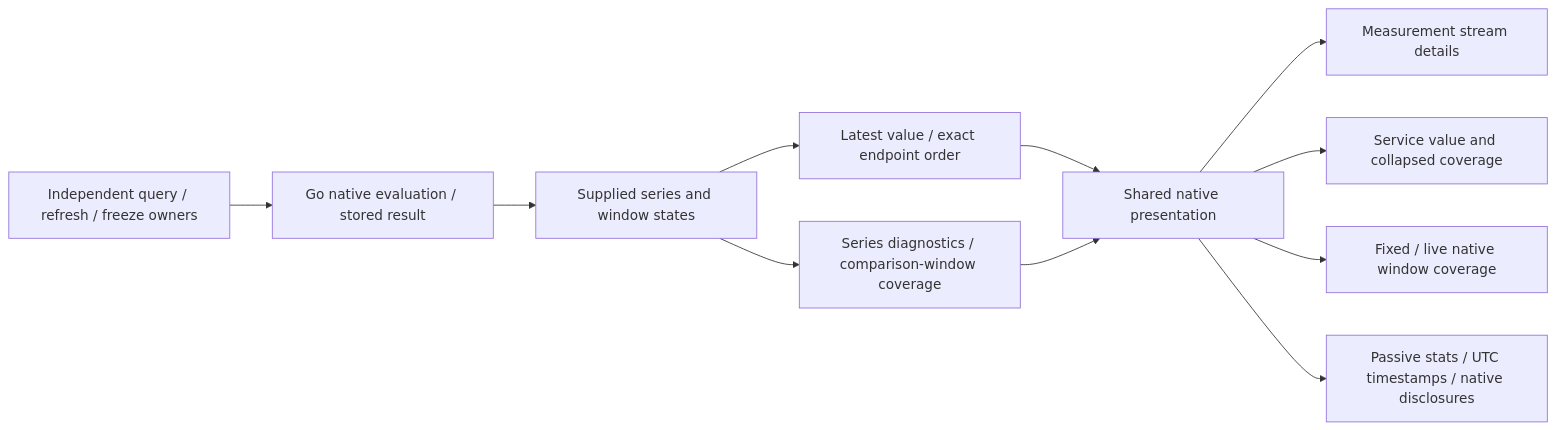
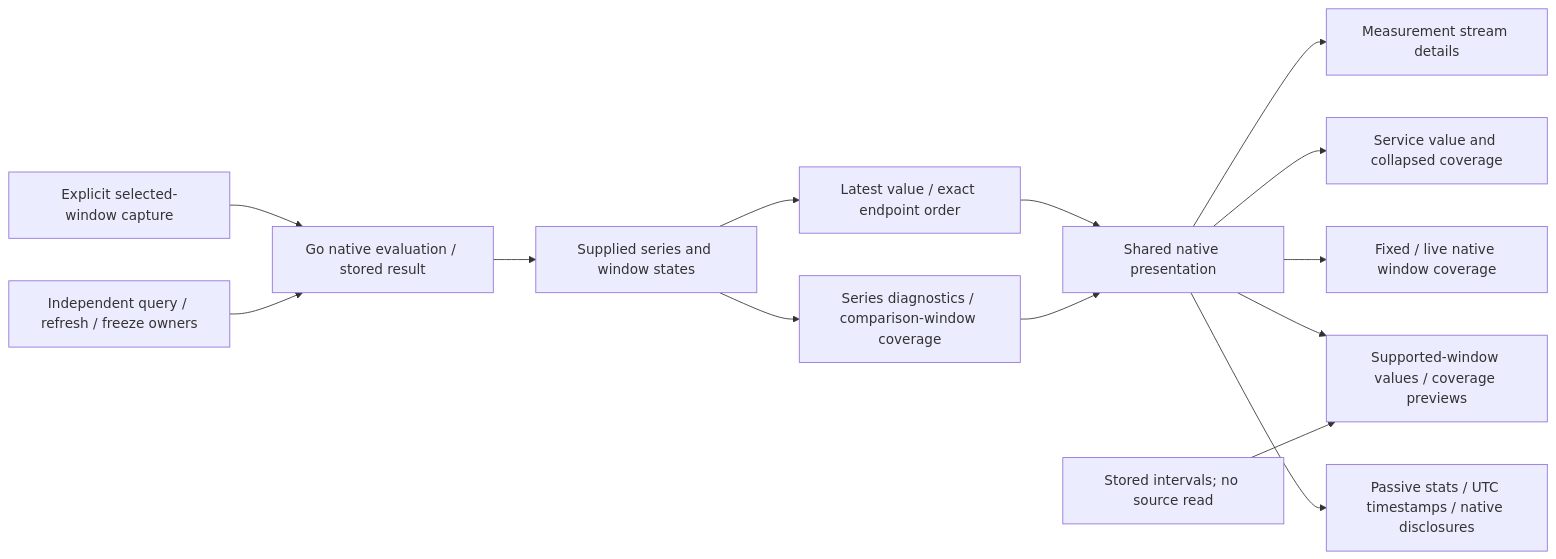
Before and after one commit to casselc/goo: the diagram in docs/NATIVE_PRESENTATION.md, drawn with Mermaid. The commit also changed other lines of this file and 18 other files, not shown here.

Commit message:
Share native presentation in supported-window previews

````diff
--- a/docs/NATIVE_PRESENTATION.md
+++ b/docs/NATIVE_PRESENTATION.md
@@ -39,13 +41,16 @@
 ```mermaid
 flowchart LR
   Go[Go native evaluation / stored result] --> Data[Supplied series and window states]
   Data --> Latest[Latest value / exact endpoint order]
   Data --> Coverage[Series diagnostics / comparison-window coverage]
   Latest --> Presenter[Shared native presentation]
   Coverage --> Presenter
   Presenter --> Measurements[Measurement stream details]
   Presenter --> Services[Service value and collapsed coverage]
   Presenter --> Comparisons[Fixed / live native window coverage]
+  Presenter --> Support[Supported-window values / coverage previews]
+  Retained[Stored intervals; no source read] --> Support
+  Explicit[Explicit selected-window capture] --> Go
   Presenter --> Primitives[Passive stats / UTC timestamps / native disclosures]
   Owners[Independent query / refresh / freeze owners] --> Go
 ```
````
